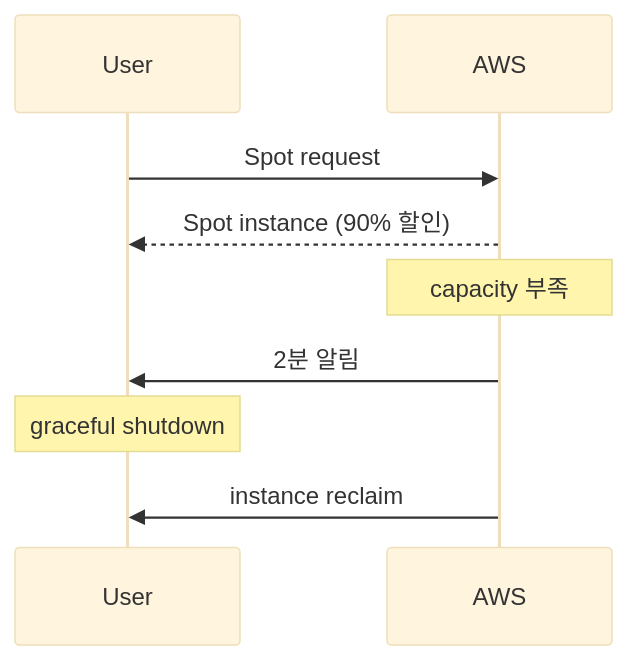
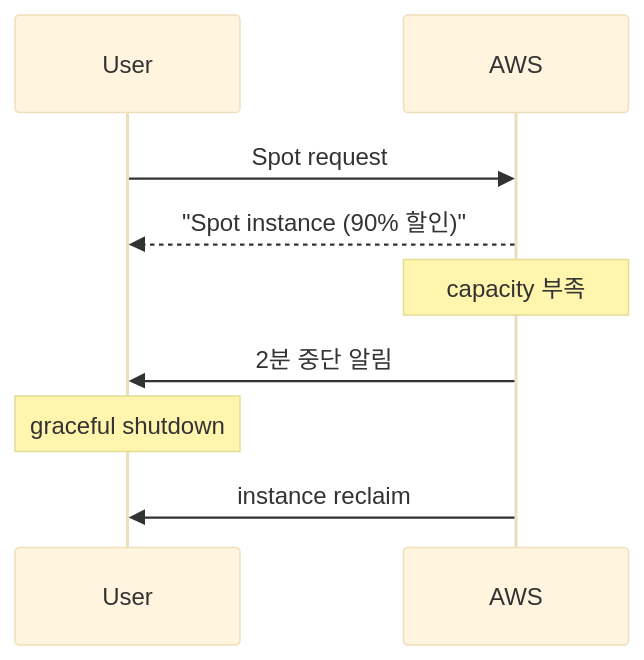
Before and after one commit to shinkeonkim/shinkeonkim.github.io: the second of 2 diagrams in src/content/wiki/cloud/aws-ec2.mdx, drawn with Mermaid (base theme). The commit also changed other lines of this file and 526 other files, not shown here.

First line of the commit message:
content(wiki): 전수조사 및 대규모 보강 (짧은 파일 0, mermaid +645)

````diff
--- a/src/content/wiki/cloud/aws-ec2.mdx
+++ b/src/content/wiki/cloud/aws-ec2.mdx
@@ -71,9 +83,12 @@
 ```mermaid
 sequenceDiagram
+    participant User
+    participant AWS
+
     User->>AWS: Spot request
-    AWS-->>User: Spot instance (90% 할인)
+    AWS-->>User: "Spot instance (90% 할인)"
     Note over AWS: capacity 부족
-    AWS->>User: 2분 알림
+    AWS->>User: 2분 중단 알림
     Note over User: graceful shutdown
     AWS->>User: instance reclaim
 ```
````
